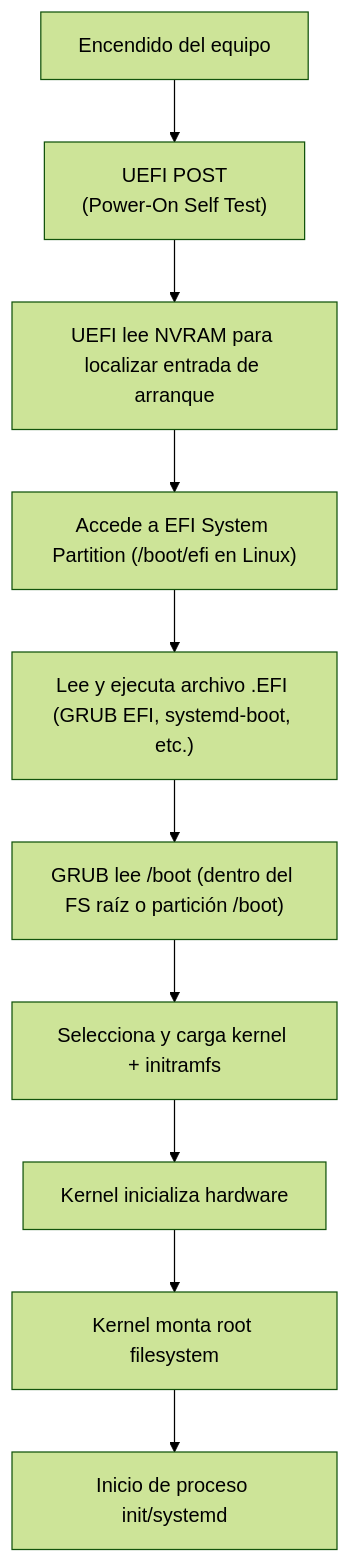
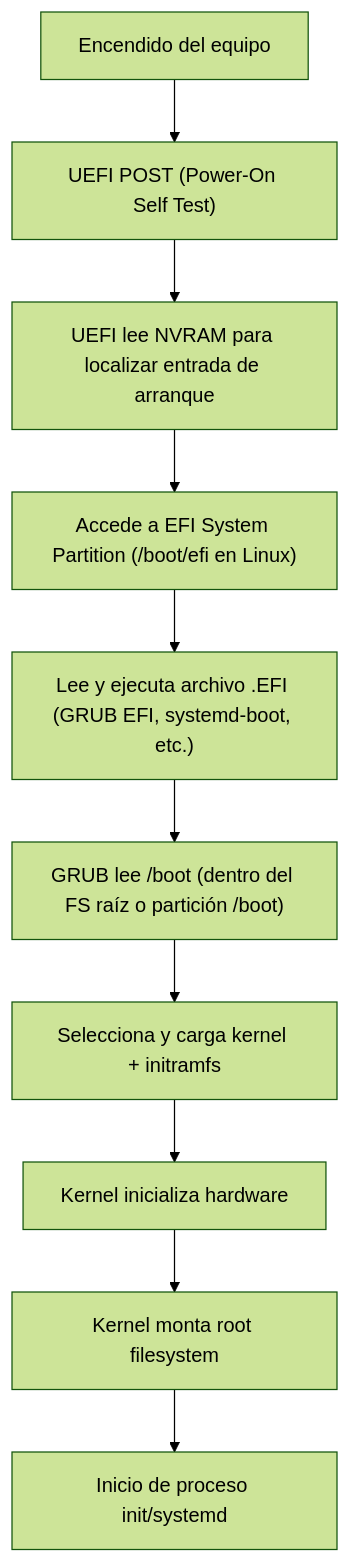
Before and after one commit to GualaDRAKE/LFS4Students-ES: the second of 3 diagrams in Anexos_LFS4Students-ES/Bios_boot-UEFI.md, drawn with Mermaid (forest theme).

````diff
--- a/Anexos_LFS4Students-ES/Bios_boot-UEFI.md
+++ b/Anexos_LFS4Students-ES/Bios_boot-UEFI.md
@@ -299,12 +299,12 @@
 ```mermaid
 flowchart TD
-    A["Encendido del equipo"] --> B["UEFI POST\n(Power-On Self Test)"]
+    A["Encendido del equipo"] --> B["UEFI POST (Power-On Self Test)"]
     B --> C["UEFI lee NVRAM para localizar entrada de arranque"]
     C --> D["Accede a EFI System Partition (/boot/efi en Linux)"]
     D --> E["Lee y ejecuta archivo .EFI (GRUB EFI, systemd-boot, etc.)"]
     E --> F["GRUB lee /boot (dentro del FS raíz o partición /boot)"]
     F --> G["Selecciona y carga kernel + initramfs"]
     G --> H["Kernel inicializa hardware"]
     H --> I["Kernel monta root filesystem"]
     I --> J["Inicio de proceso init/systemd"]
 ```
````
